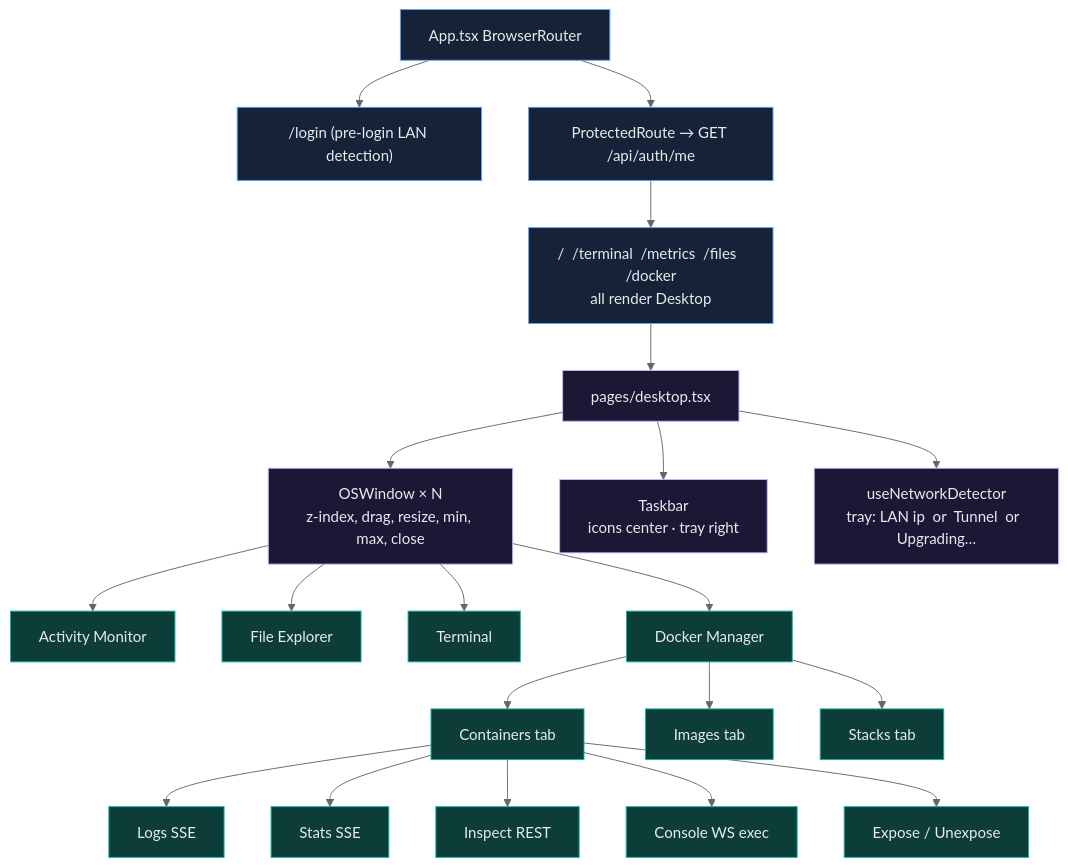
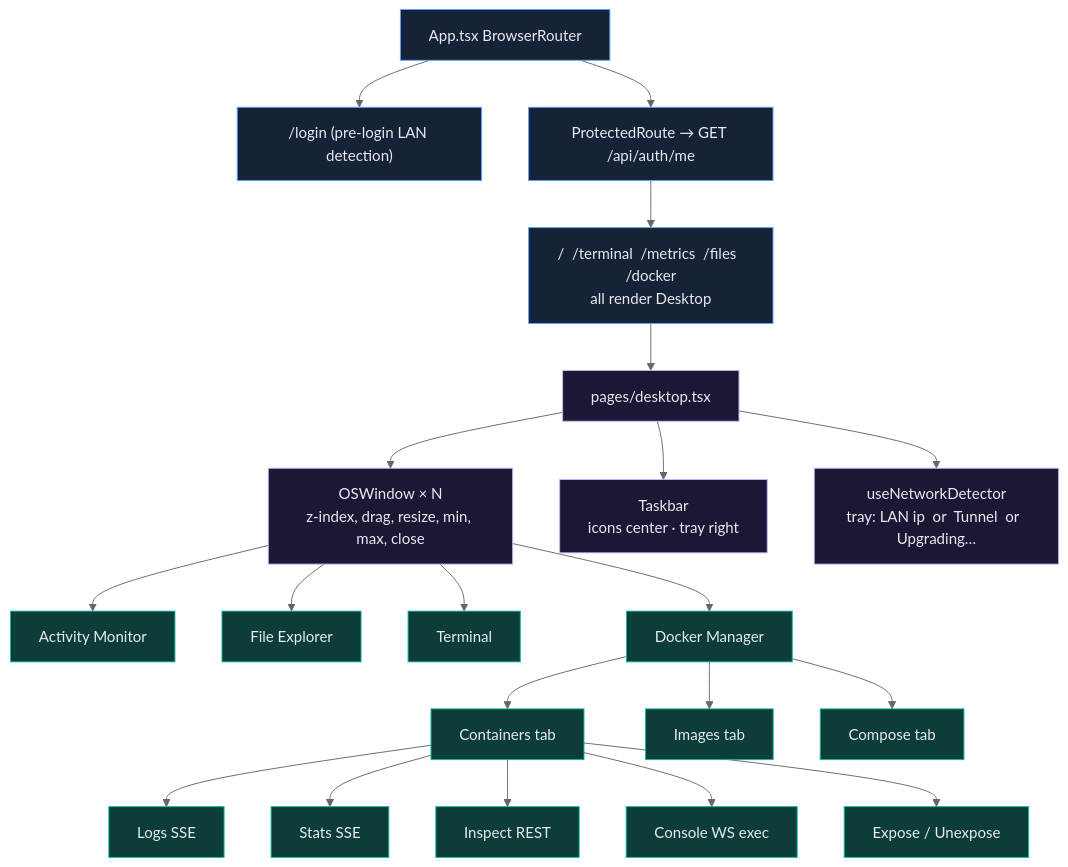
The fifth of 7 diagrams in docs/SYSTEM_DESIGN.md (Cypher-0071/Home_Cloud), drawn with Mermaid (neutral theme) before and after one commit. The commit also changed other lines of this file and 10 other files, not shown here.

Commit message:
refactor(docker): rename stacks to compose across backend, frontend, and docs

````diff
--- a/docs/SYSTEM_DESIGN.md
+++ b/docs/SYSTEM_DESIGN.md
@@ -410,33 +410,33 @@
 ```mermaid
 flowchart TB
   classDef route fill:#152238,stroke:#60a5fa,color:#e8eaed
   classDef shell fill:#1e1635,stroke:#c4b5fd,color:#e8eaed
   classDef app fill:#0d3d38,stroke:#14b8a6,color:#e8eaed
 
   RR["App.tsx  BrowserRouter"] --> PUB["/login (pre-login LAN detection)"]
   RR --> PR["ProtectedRoute → GET /api/auth/me"]
   PR --> D["/  /terminal  /metrics  /files  /docker<br/>all render Desktop"]
 
   D --> WS["pages/desktop.tsx"]
   WS --> OW["OSWindow × N<br/>z-index, drag, resize, min, max, close"]
   WS --> TB["Taskbar<br/>icons center · tray right"]
   WS --> ND["useNetworkDetector<br/>tray: LAN ip  or  Tunnel  or  Upgrading…"]
 
   OW --> A1["Activity Monitor"]
   OW --> A2["File Explorer"]
   OW --> A3["Terminal"]
   OW --> A4["Docker Manager"]
 
   A4 --> T1["Containers tab"]
   A4 --> T2["Images tab"]
-  A4 --> T3["Stacks tab"]
+  A4 --> T3["Compose tab"]
   T1 --> S1["Logs SSE"]
   T1 --> S2["Stats SSE"]
   T1 --> S3["Inspect REST"]
   T1 --> S4["Console WS exec"]
   T1 --> S5["Expose / Unexpose"]
 
   class RR,PUB,PR,D route
   class WS,OW,TB,ND shell
   class A1,A2,A3,A4,T1,T2,T3,S1,S2,S3,S4,S5 app
 ```
````
